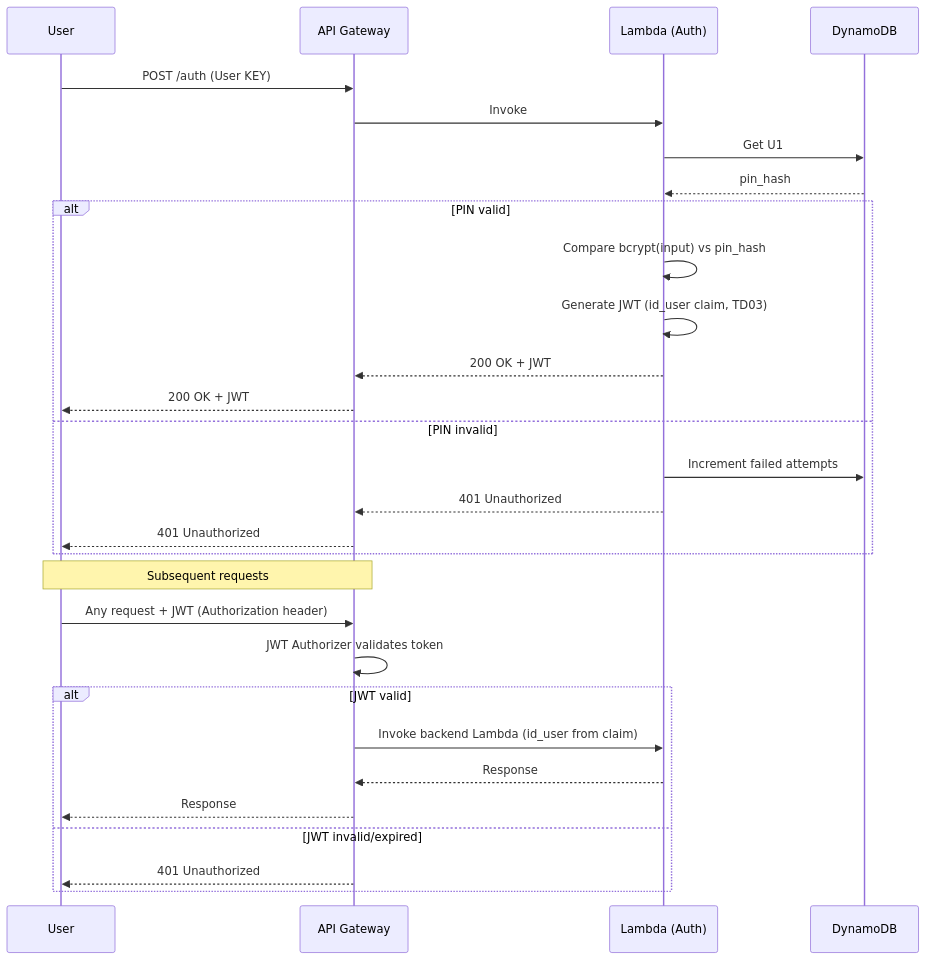
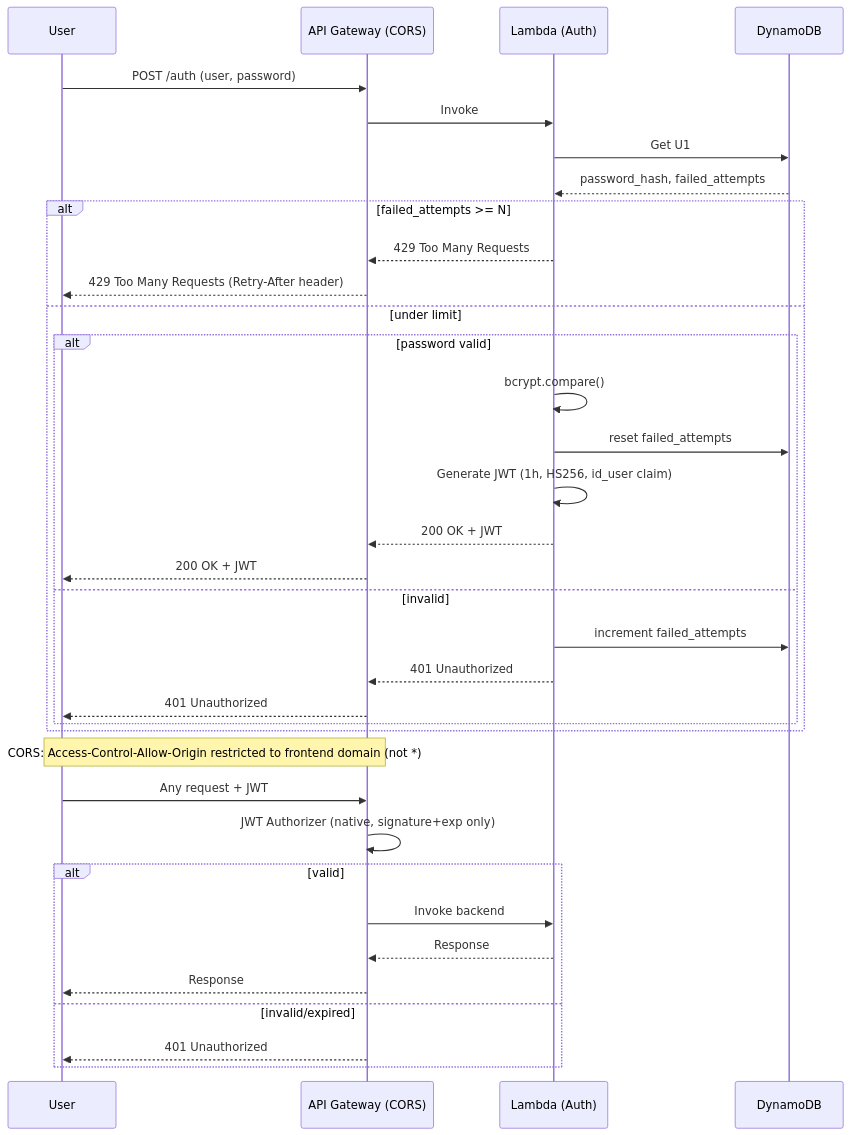
Before and after one commit to git-jrm/tracker: the first of 8 diagrams in README.md, drawn with Mermaid.

Commit message:
Update authentication flow diagram in README

````diff
--- a/README.md
+++ b/README.md
@@ -100,34 +100,38 @@
 ```mermaid
 sequenceDiagram
     participant U as User
-    participant API as API Gateway
+    participant API as API Gateway (CORS)
     participant L as Lambda (Auth)
     participant DB as DynamoDB
 
-    U->>API: POST /auth (User KEY)
+    U->>API: POST /auth (user, password)
     API->>L: Invoke
-    L->>DB: Get U1#PIN_HASH
-    DB-->>L: pin_hash
-    alt PIN valid
-        L->>L: Compare bcrypt(input) vs pin_hash
-        L->>L: Generate JWT (id_user claim, TD03)
-        L-->>API: 200 OK + JWT
-        API-->>U: 200 OK + JWT
-    else PIN invalid
-        L->>DB: Increment failed attempts
-        L-->>API: 401 Unauthorized
-        API-->>U: 401 Unauthorized
+    L->>DB: Get U1#CREDENTIALS + failed_attempts
+    DB-->>L: password_hash, failed_attempts
+    alt failed_attempts >= N
+        L-->>API: 429 Too Many Requests
+        API-->>U: 429 Too Many Requests (Retry-After header)
+    else under limit
+        alt password valid
+            L->>L: bcrypt.compare()
+            L->>DB: reset failed_attempts
+            L->>L: Generate JWT (1h, HS256, id_user claim)
+            L-->>API: 200 OK + JWT
+            API-->>U: 200 OK + JWT
+        else invalid
+            L->>DB: increment failed_attempts
+            L-->>API: 401 Unauthorized
+            API-->>U: 401 Unauthorized
+        end
     end
-
-    Note over U,API: Subsequent requests
-
-    U->>API: Any request + JWT (Authorization header)
-    API->>API: JWT Authorizer validates token
-    alt JWT valid
-        API->>L: Invoke backend Lambda (id_user from claim)
+    Note over U,API: CORS: Access-Control-Allow-Origin restricted to frontend domain (not *)
+    U->>API: Any request + JWT
+    API->>API: JWT Authorizer (native, signature+exp only)
+    alt valid
+        API->>L: Invoke backend
         L-->>API: Response
         API-->>U: Response
-    else JWT invalid/expired
+    else invalid/expired
         API-->>U: 401 Unauthorized
     end
 ```
````
